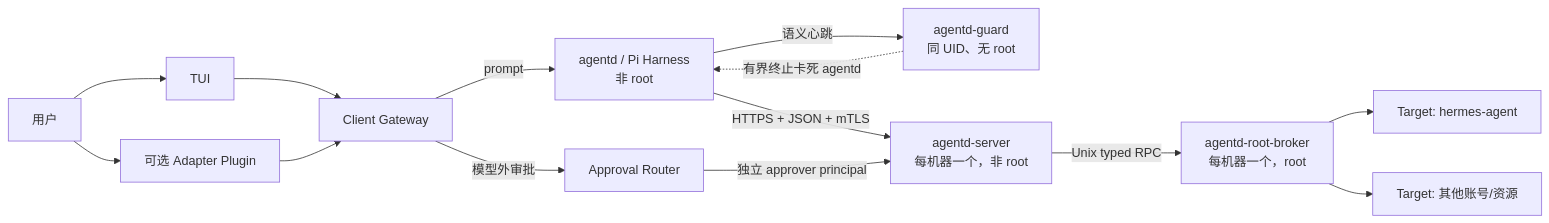
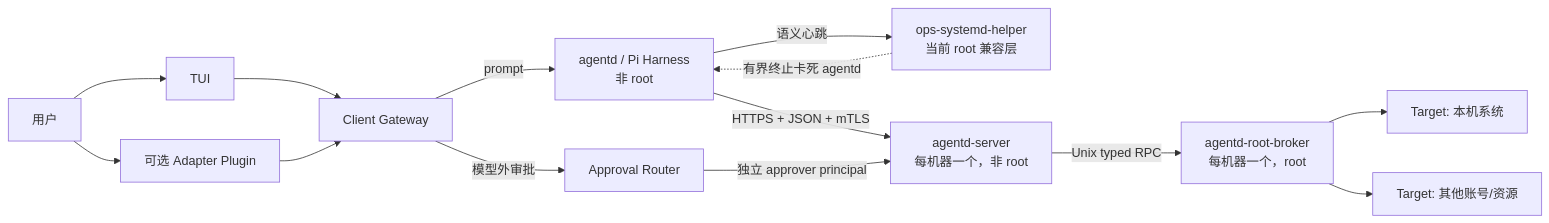
Before and after one commit to KiritoKing/pi-ops-agent: the diagram in README.md, drawn with Mermaid. The commit also changed other lines of this file and 62 other files, not shown here.

````diff
--- a/README.md
+++ b/README.md
@@ -36,16 +39,16 @@
 ```mermaid
 flowchart LR
   U["用户"] --> T["TUI"]
   U --> I["可选 Adapter Plugin"]
   T --> G["Client Gateway"]
   I --> G
   G -->|"prompt"| A["agentd / Pi Harness\n非 root"]
   G -->|"模型外审批"| P["Approval Router"]
-  A -->|"语义心跳"| W["agentd-guard\n同 UID、无 root"]
+  A -->|"语义心跳"| W["ops-systemd-helper\n当前 root 兼容层"]
   W -.->|"有界终止卡死 agentd"| A
   A -->|"HTTPS + JSON + mTLS"| S["agentd-server\n每机器一个，非 root"]
   P -->|"独立 approver principal"| S
   S -->|"Unix typed RPC"| R["agentd-root-broker\n每机器一个，root"]
-  R --> T1["Target: hermes-agent"]
+  R --> T1["Target: 本机系统"]
   R --> T2["Target: 其他账号/资源"]
 ```
````
